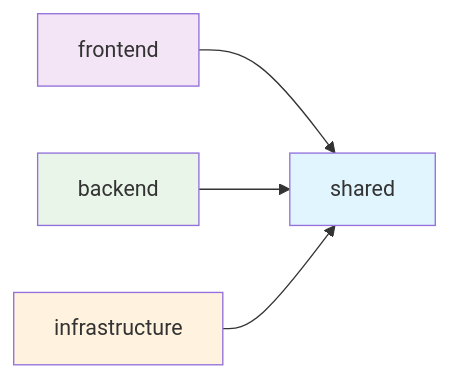
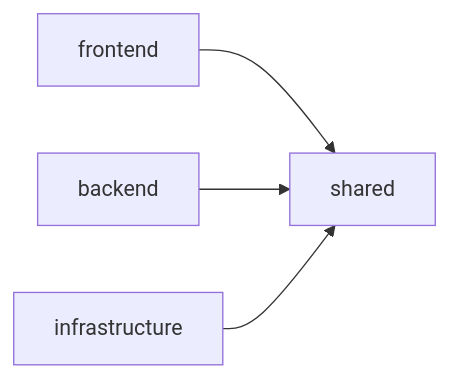
The diagram in .kiro/steering/2-technology-stack.md (satoshi256kbyte/goal-mandala), drawn with Mermaid before and after one commit. The commit also changed other lines of this file and 10 other files, not shown here.

````diff
--- a/.kiro/steering/2-technology-stack.md
+++ b/.kiro/steering/2-technology-stack.md
@@ -264,11 +98,6 @@
 ```mermaid
 graph LR
     A[frontend] --> D[shared]
     B[backend] --> D[shared]
     C[infrastructure] --> D[shared]
-    
-    style D fill:#e1f5fe
-    style A fill:#f3e5f5
-    style B fill:#e8f5e8
-    style C fill:#fff3e0
 ```
````
